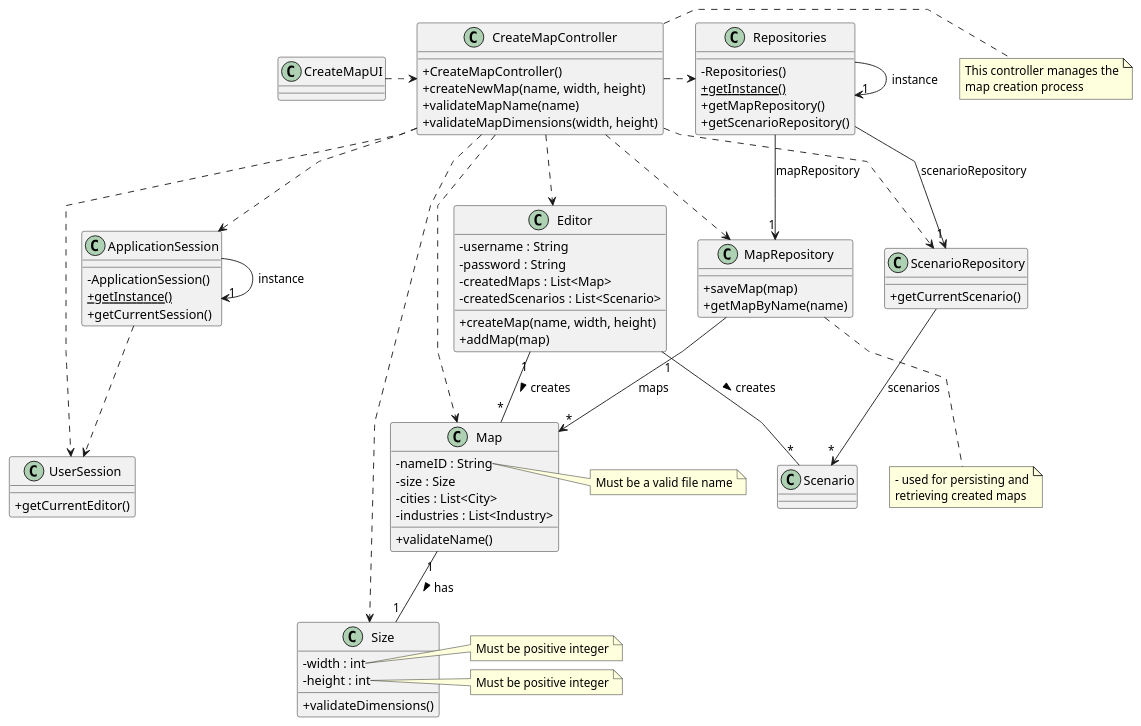
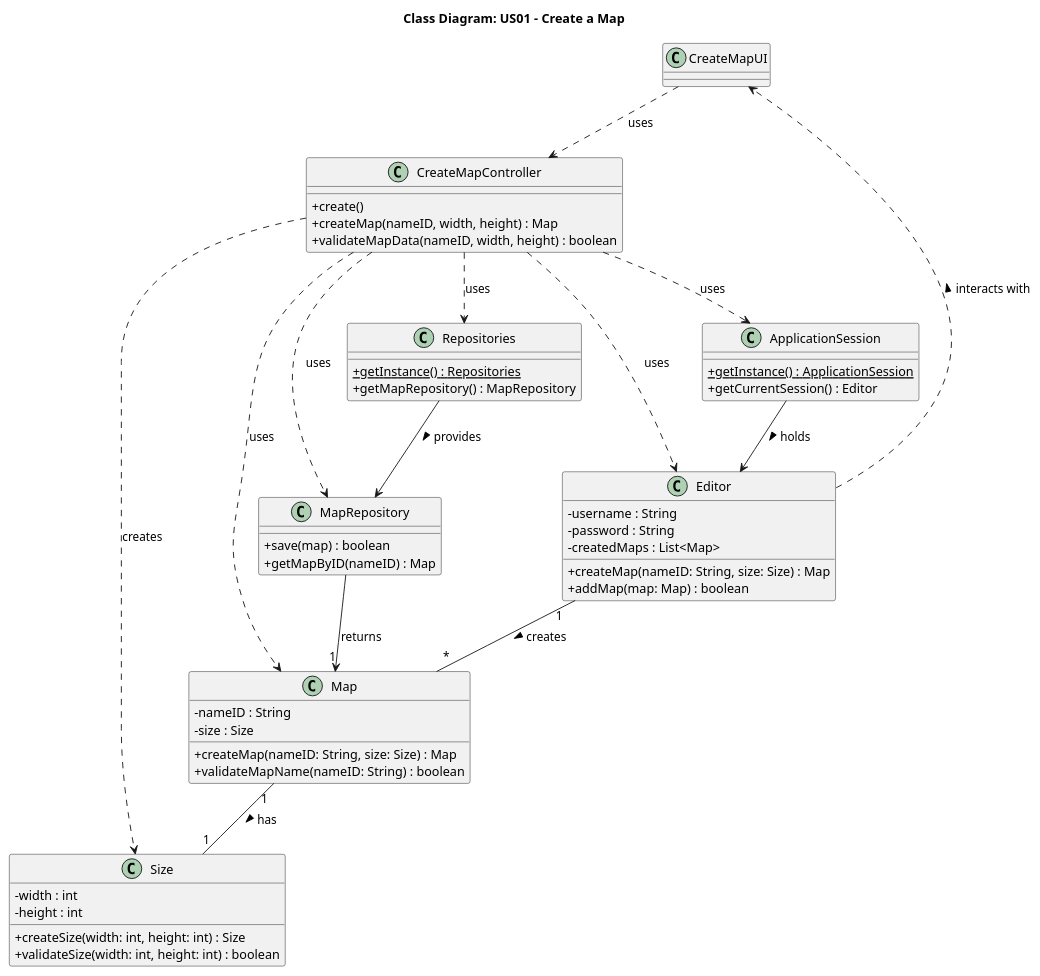
One commit to HenriqueSilva18/Railway-Network-Simulator changed the diagram in docs/system-documentation/Sprint 2/US01/03.design/puml/US01-CD.puml. Above: the diagram before and after it, drawn with PlantUML. The commit also changed 15 other files, not shown here.

```diff
--- a/docs/system-documentation/Sprint 2/US01/03.design/puml/US01-CD.puml
+++ b/docs/system-documentation/Sprint 2/US01/03.design/puml/US01-CD.puml
@@ -1,116 +1,75 @@
 @startuml
 skinparam packageStyle rectangle
 skinparam shadowing false
-skinparam linetype polyline
 skinparam classAttributeIconSize 0
 
-class ApplicationSession {
-    - ApplicationSession()
-    + {static} getInstance()
-    + getCurrentSession()
+title Class Diagram: US01 - Create a Map
+
+class CreateMapUI {
 }
 
-class UserSession {
-    + getCurrentEditor()
+class CreateMapController {
+    + create()
+    + createMap(nameID, width, height) : Map
+    + validateMapData(nameID, width, height) : boolean
+}
+
+class MapRepository {
+    + save(map) : boolean
+    + getMapByID(nameID) : Map
+}
+
+class Repositories {
+    + {static} getInstance() : Repositories
+    + getMapRepository() : MapRepository
+}
+
+class ApplicationSession {
+    + {static} getInstance() : ApplicationSession
+    + getCurrentSession() : Editor
+}
+
+class Map {
+    - nameID : String
+    - size : Size
+    
+    + createMap(nameID: String, size: Size) : Map
+    + validateMapName(nameID: String) : boolean
+}
+
+class Size {
+    - width : int
+    - height : int
+    
+    + createSize(width: int, height: int) : Size
+    + validateSize(width: int, height: int) : boolean
 }
 
 class Editor {
     - username : String
     - password : String
     - createdMaps : List<Map>
-    - createdScenarios : List<Scenario>
-
-    + createMap(name, width, height)
-    + addMap(map)
+    
+    + createMap(nameID: String, size: Size) : Map
+    + addMap(map: Map) : boolean
 }
 
-class Map {
-    - nameID : String
-    - size : Size
-    - cities : List<City>
-    - industries : List<Industry>
+CreateMapUI ..> CreateMapController : uses
+CreateMapController ..> MapRepository : uses
+CreateMapController ..> Repositories : uses
+CreateMapController ..> ApplicationSession : uses
+CreateMapController ..> Map : uses
+CreateMapController ..> Size : creates
+CreateMapController ..> Editor : uses
 
-    + validateName()
-}
+Map "1" -- "1" Size : has >
+MapRepository --> "1" Map : returns
+Editor "1" -- "*" Map : creates >
 
-class Size {
-    - width : int
-    - height : int
+Repositories --> MapRepository : provides >
 
-    + validateDimensions()
-}
+ApplicationSession --> Editor : holds >
 
-class ScenarioRepository {
-    + getCurrentScenario()
-}
+Editor ..> CreateMapUI : interacts with >
 
-class MapRepository {
-    + saveMap(map)
-    + getMapByName(name)
-}
-
-class Repositories {
-    - Repositories()
-    + {static} getInstance()
-    + getMapRepository()
-    + getScenarioRepository()
-}
-
-class CreateMapController {
-    + CreateMapController()
-    + createNewMap(name, width, height)
-    + validateMapName(name)
-    + validateMapDimensions(width, height)
-}
-
-note right of CreateMapController
-    This controller manages the
-    map creation process
-end note
-
-note bottom of MapRepository
-    - used for persisting and
-    retrieving created maps
-end note
-
-class CreateMapUI {
-}
-
-CreateMapUI .> CreateMapController
-
-CreateMapController ..> ApplicationSession
-CreateMapController ..> UserSession
-CreateMapController ..> MapRepository
-CreateMapController ..> ScenarioRepository
-CreateMapController ..> Editor
-CreateMapController ..> Map
-CreateMapController ..> Size
-CreateMapController .> Repositories
-
-Repositories -> "1" Repositories : instance
-Repositories --> "1" MapRepository : mapRepository
-Repositories --> "1" ScenarioRepository : scenarioRepository
-
-ApplicationSession -> "1" ApplicationSession : instance
-ApplicationSession ..> UserSession
-
-MapRepository --> "*" Map : maps
-
-ScenarioRepository --> "*" Scenario : scenarios
-
-Editor "1" -- "*" Map : creates >
-Editor "1" -- "*" Scenario : creates >
-Map "1" -- "1" Size : has >
-
-note right of Map::nameID
-    Must be a valid file name
-end note
-
-note right of Size::width
-    Must be positive integer
-end note
-
-note right of Size::height
-    Must be positive integer
-end note
 @enduml
```
